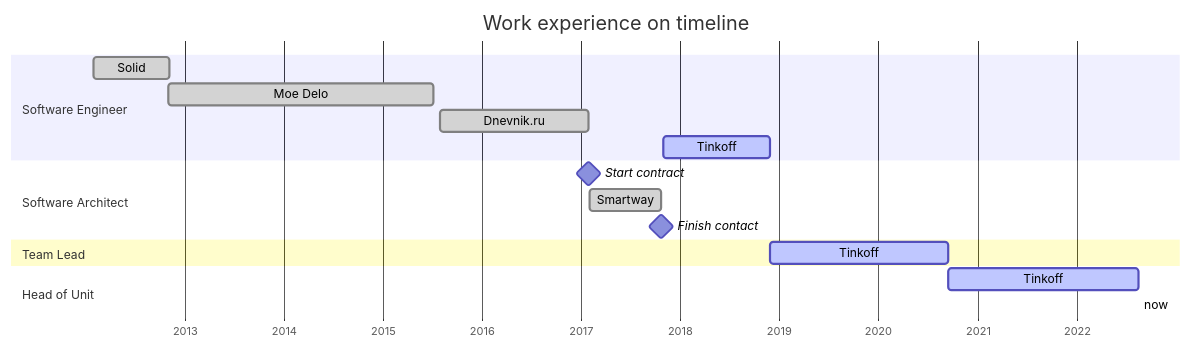
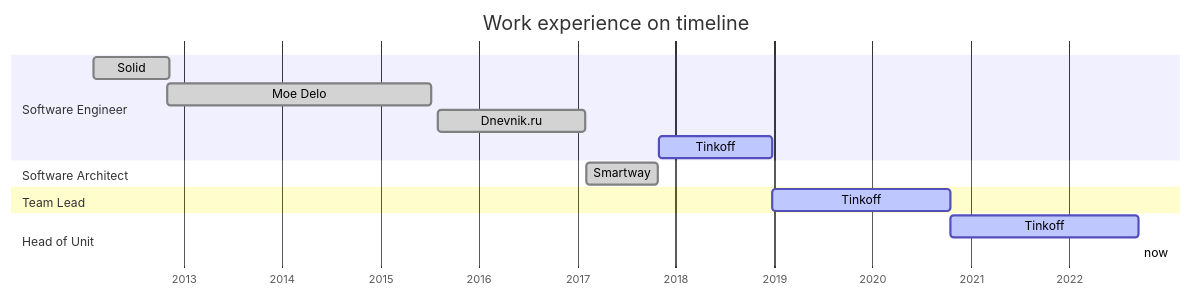
Before and after one commit to mchechulnikov/cv: the diagram in ru.md, drawn with Mermaid. The commit also changed other lines of this file, not shown here.

````diff
--- a/ru.md
+++ b/ru.md
@@ -21,25 +23,23 @@
 ```mermaid
 gantt
     title Work experience on timeline
     dateFormat  YYYY-MM
     axisFormat  %Y
     todayMarker stroke-width:5px, opacity:0.75
     
     section Software Engineer
     Solid       :done, sd, 2012-02, 40w
     Moe Delo    :done, md, 2012-11, 140w
     Dnevnik.ru  :done, dn, 2015-08, 78w
-    Tinkoff     :active, tfsde, 2017-11, 56w
+    Tinkoff     :active, tfsde, 2017-11, 60w
     
     section Software Architect
-    Start contract: milestone, contract, after dn, 1s
     Smartway    :done, sw, 2017-02, 38w
-    Finish contact: milestone, contract, after sw, 1s
     
     section Team Lead
     Tinkoff     :active, tftl, after tfsde, 94w
     
     section Head of Unit
     Tinkoff     :active, tf, after tftl, 100w
     now         :now
 ```
````
